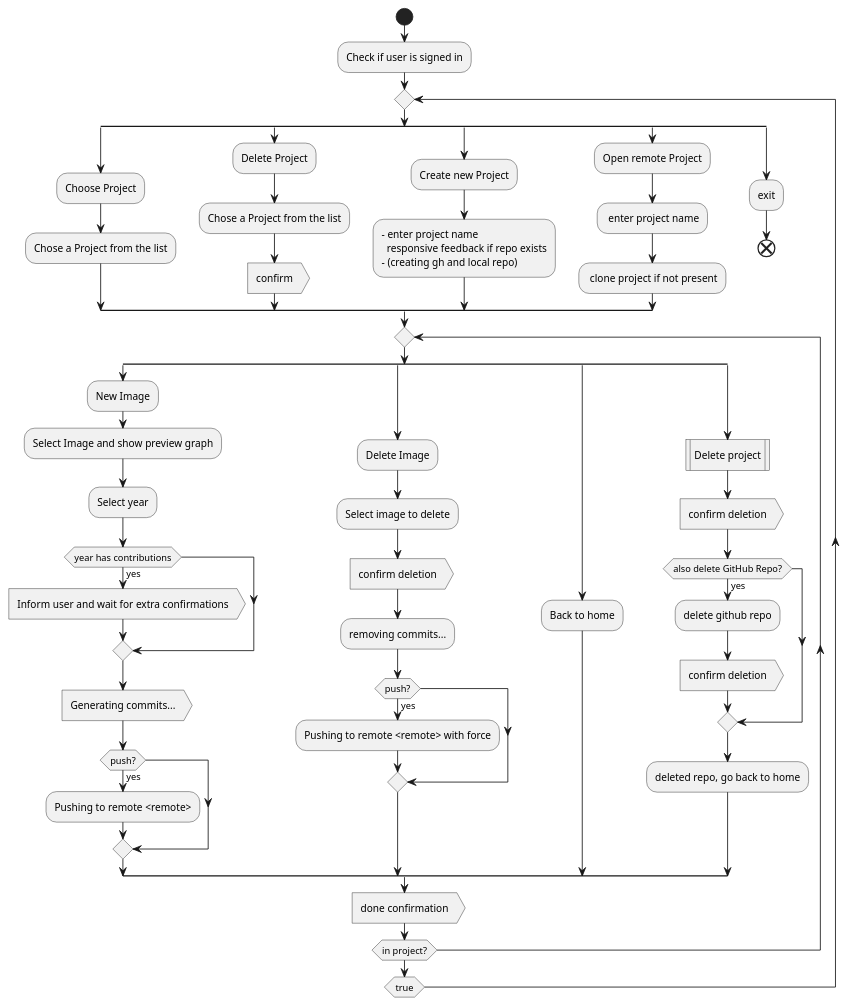
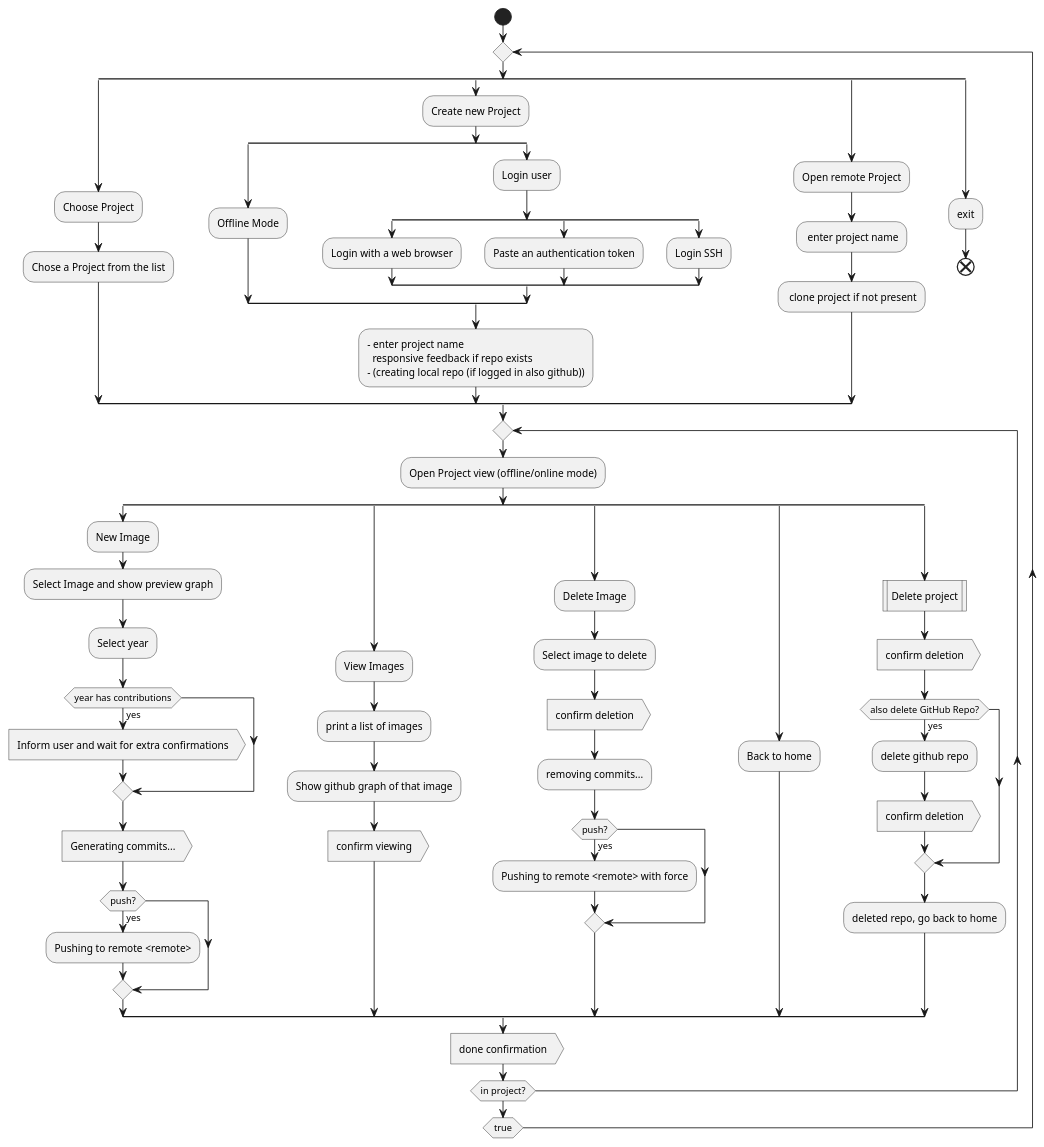
The diagram in flow.puml (JakobHuemer/github-pixel-art), drawn with PlantUML before and after one commit. The commit also changed 10 other files, not shown here.

Commit message:
feat(github): implement github PAT and device code flows in GitHub crate

```diff
--- a/flow.puml
+++ b/flow.puml
@@ -1,63 +1,82 @@
 @startuml
 start
-
-:Check if user is signed in;
 
 repeat
   split
     :Choose Project;
     :Chose a Project from the list;
-  split again
-    :Delete Project;
-    :Chose a Project from the list;
-    :confirm>
+'  split again
+'    :Delete Project;
+'    :Chose a Project from the list;
+'    :confirm>
   split again
     :Create new Project;
+    split
+      :Offline Mode;
+    split again
+      :Login user;
+      split
+        :Login with a web browser;
+        'https://docs.github.com/en/apps/oauth-apps/building-oauth-apps/authorizing-oauth-apps#device-flow
+      split again
+        :Paste an authentication token;
+        'PAT Token
+      split again
+        :Login SSH;
+        'list files to select in ~/.ssh
+      end split
+    end split
     :- enter project name
       responsive feedback if repo exists
-    - (creating gh and local repo);
+    - (creating local repo (if logged in also github));
   split again
     :Open remote Project;
     - enter project name
     - clone project if not present
   split again
     :exit;
     end
   end split
 
   repeat
+    :Open Project view (offline/online mode);
     split
       :New Image;
       :Select Image and show preview graph;
       :Select year;
       if (year has contributions) then (yes)
         :Inform user and wait for extra confirmations>
       endif
       :Generating commits...>
       if (push?) then (yes)
         :Pushing to remote <remote>;
       endif
+    split again
+      :View Images;
+      :print a list of images;
+      :Show github graph of that image;
+      :confirm viewing>
     split again
       :Delete Image;
       :Select image to delete;
       :confirm deletion>
       :removing commits...;
       if (push?) then (yes)
         :Pushing to remote <remote> with force;
       endif
     split again
       :Back to home;
     split again
       :Delete project|
       :confirm deletion>
       if (also delete GitHub Repo?) then (yes)
         :delete github repo;
         :confirm deletion>
       endif
       :deleted repo, go back to home;
     end split
     :done confirmation>
   repeat while (in project?)
 repeat while (true)
 
 @enduml
```
